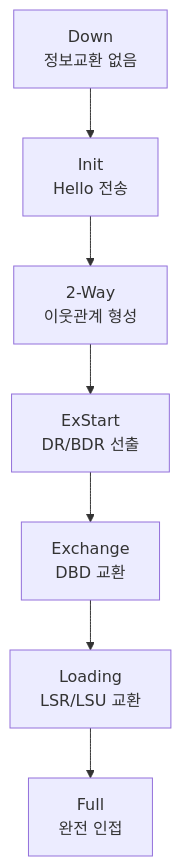
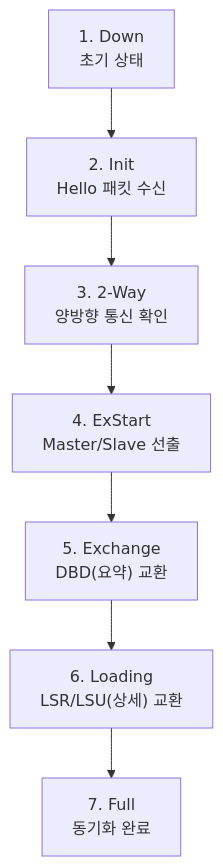
Before and after one commit to HamaPr/HamaPr.github.io: the diagram in _posts/network/2025-07-23-OSPF_study.md, drawn with Mermaid. The commit also changed other lines of this file and 94 other files, not shown here.

````diff
--- a/_posts/network/2025-07-23-OSPF_study.md
+++ b/_posts/network/2025-07-23-OSPF_study.md
@@ -50,17 +43,9 @@
 ```mermaid
 flowchart TB
-    DOWN["Down<br>정보교환 없음"]
-    INIT["Init<br>Hello 전송"]
-    TWOWAY["2-Way<br>이웃관계 형성"]
-    EXSTART["ExStart<br>DR/BDR 선출"]
-    EXCHANGE["Exchange<br>DBD 교환"]
-    LOADING["Loading<br>LSR/LSU 교환"]
-    FULL["Full<br>완전 인접"]
-    
-    DOWN --> INIT
-    INIT --> TWOWAY
-    TWOWAY --> EXSTART
-    EXSTART --> EXCHANGE
-    EXCHANGE --> LOADING
-    LOADING --> FULL
+    DOWN["1. Down<br>초기 상태"] --> INIT["2. Init<br>Hello 패킷 수신"]
+    INIT --> TWOWAY["3. 2-Way<br>양방향 통신 확인"]
+    TWOWAY --> EXSTART["4. ExStart<br>Master/Slave 선출"]
+    EXSTART --> EXCHANGE["5. Exchange<br>DBD(요약) 교환"]
+    EXCHANGE --> LOADING["6. Loading<br>LSR/LSU(상세) 교환"]
+    LOADING --> FULL["7. Full<br>동기화 완료"]
 ```
````
